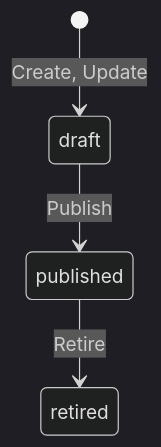
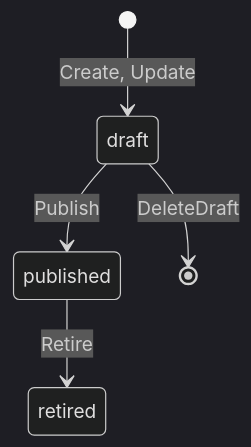
The diagram in vca/docs/schema-registry.md (centre-for-dpi/verifiably), drawn with Mermaid (dark theme) before and after one commit. The commit also changed other lines of this file and 24 other files, not shown here.

````diff
--- a/vca/docs/schema-registry.md
+++ b/vca/docs/schema-registry.md
@@ -33,6 +33,7 @@
 ```mermaid
 stateDiagram-v2
     [*] --> draft: Create, Update
     draft --> published: Publish
+    draft --> [*]: DeleteDraft
     published --> retired: Retire
 ```
````
